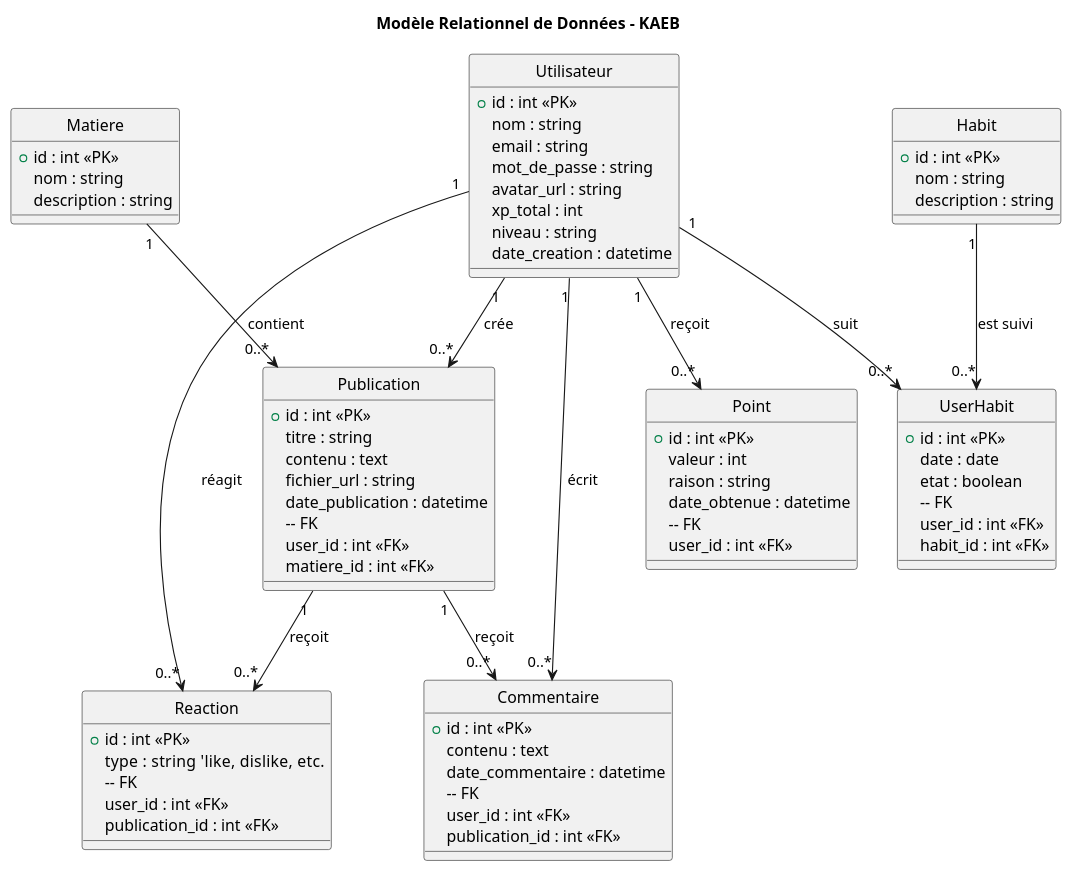
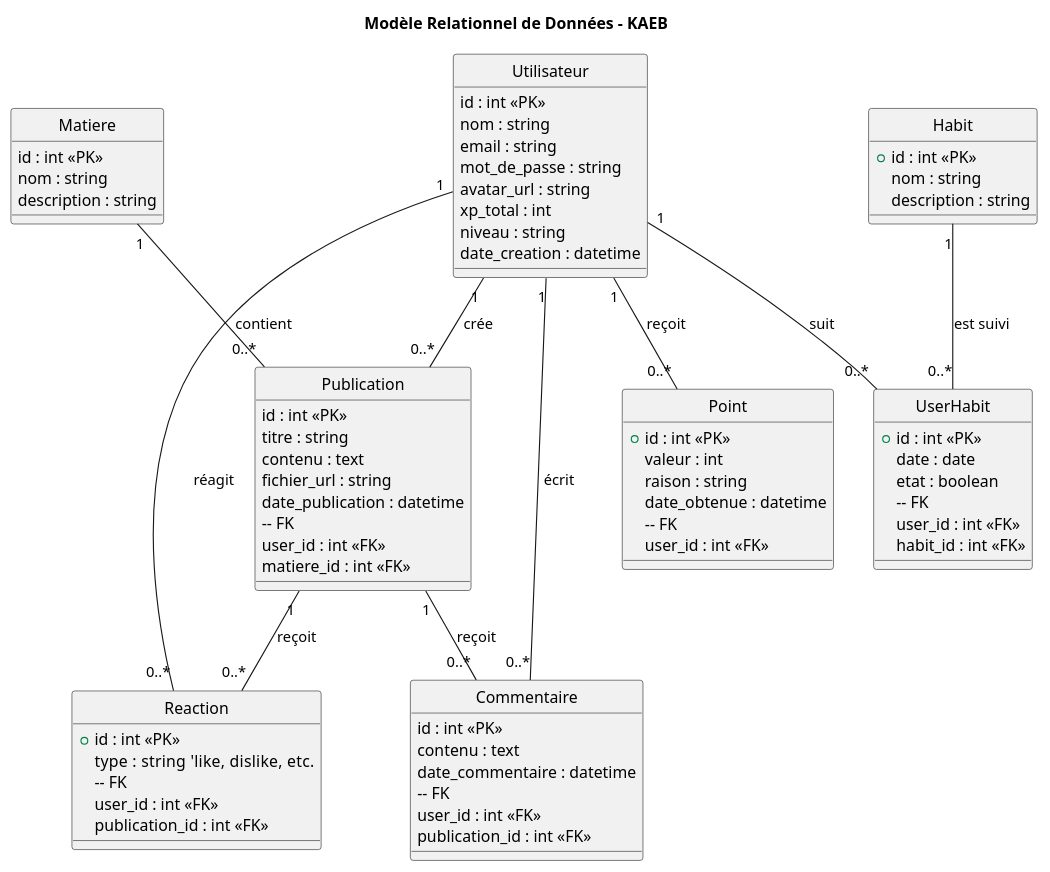
The diagram in doc/suivi_01/MRD/mrd.puml (DerekOria/Final-ProjetSession), drawn with PlantUML before and after one commit. The commit also changed 2 other files, not shown here.

```diff
--- a/doc/suivi_01/MRD/mrd.puml
+++ b/doc/suivi_01/MRD/mrd.puml
@@ -1,89 +1,89 @@
 @startuml
 
 title Modèle Relationnel de Données - KAEB
 
 hide circle
 
 class "Utilisateur" as U {
-    +id : int <<PK>>
+    id : int <<PK>>
     nom : string
     email : string
     mot_de_passe : string
     avatar_url : string
     xp_total : int
     niveau : string
     date_creation : datetime
 }
 
 class "Matiere" as M {
-    +id : int <<PK>>
+    id : int <<PK>>
     nom : string
     description : string
 }
 
 class "Publication" as P {
-    +id : int <<PK>>
+    id : int <<PK>>
     titre : string
     contenu : text
     fichier_url : string
     date_publication : datetime
     -- FK
     user_id : int <<FK>>
     matiere_id : int <<FK>>
 }
 
 class "Commentaire" as C {
-    +id : int <<PK>>
+    id : int <<PK>>
     contenu : text
     date_commentaire : datetime
     -- FK
     user_id : int <<FK>>
     publication_id : int <<FK>>
 }
 
 class "Reaction" as R {
     +id : int <<PK>>
     type : string   'like, dislike, etc.
     -- FK
     user_id : int <<FK>>
     publication_id : int <<FK>>
 }
 
 class "Habit" as H {
     +id : int <<PK>>
     nom : string
     description : string
 }
 
 class "UserHabit" as UH {
     +id : int <<PK>>
     date : date
     etat : boolean
     -- FK
     user_id : int <<FK>>
     habit_id : int <<FK>>
 }
 
 class "Point" as PT {
     +id : int <<PK>>
     valeur : int
     raison : string
     date_obtenue : datetime
     -- FK
     user_id : int <<FK>>
 }
 
-U "1" --> "0..*" P : crée
-U "1" --> "0..*" C : écrit
-U "1" --> "0..*" R : réagit
-U "1" --> "0..*" UH : suit
-U "1" --> "0..*" PT : reçoit
+U "1" -- "0..*" P : crée
+U "1" -- "0..*" C : écrit
+U "1" -- "0..*" R : réagit
+U "1" -- "0..*" UH : suit
+U "1" -- "0..*" PT : reçoit
 
-M "1" --> "0..*" P : contient
+M "1" -- "0..*" P : contient
 
-P "1" --> "0..*" C : reçoit
-P "1" --> "0..*" R : reçoit
+P "1" -- "0..*" C : reçoit
+P "1" -- "0..*" R : reçoit
 
-H "1" --> "0..*" UH : est suivi
+H "1" -- "0..*" UH : est suivi
 
 @enduml
```
